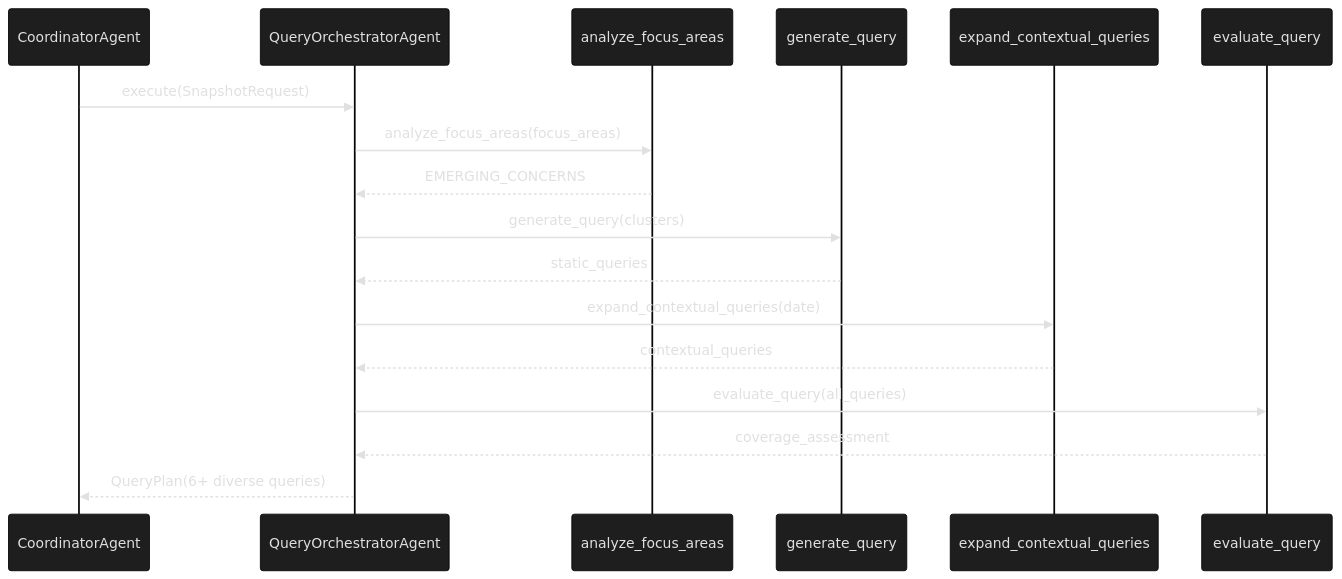
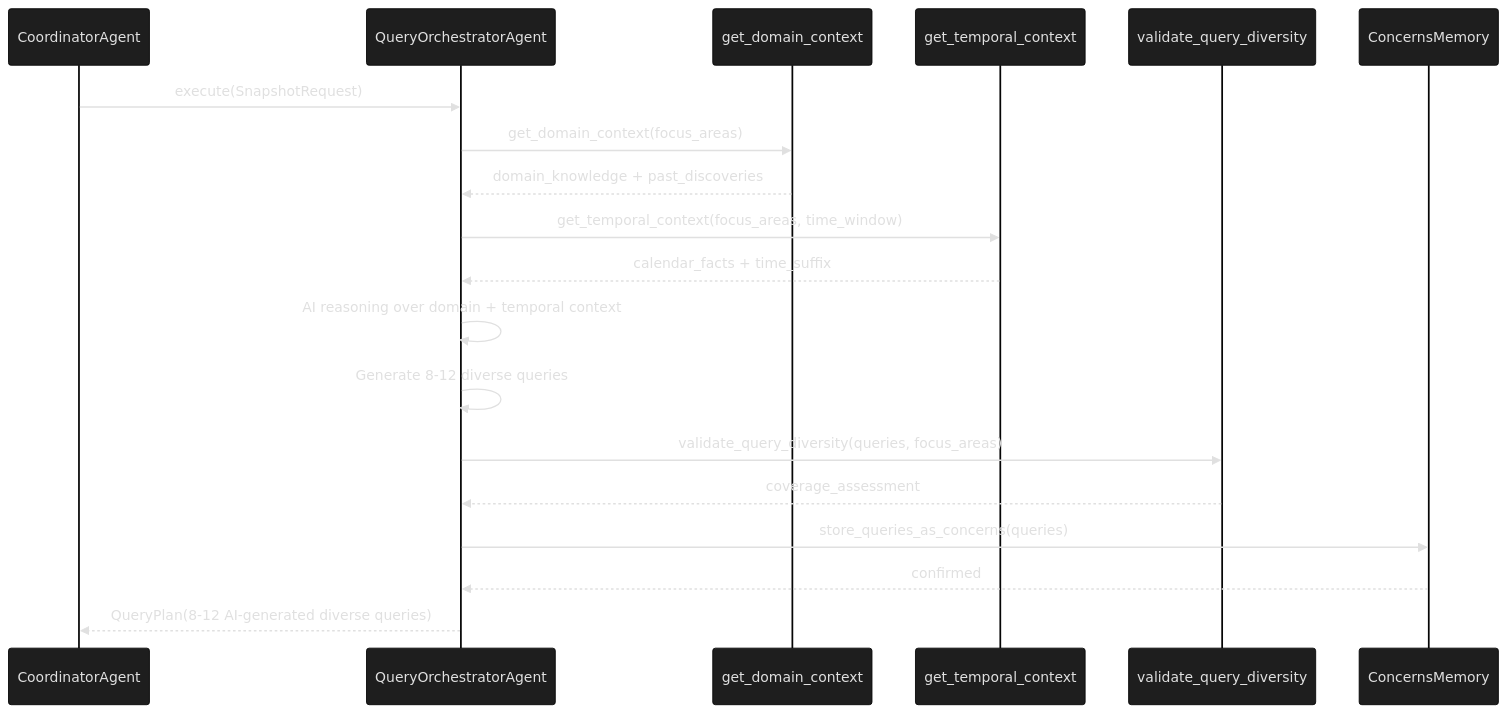
The seventh of 10 diagrams in docs/ARCHITECTURE.md (donyelqt/Hinaing), drawn with Mermaid before and after one commit. The commit also changed other lines of this file, not shown here.

````diff
--- a/docs/ARCHITECTURE.md
+++ b/docs/ARCHITECTURE.md
@@ -995,27 +1004,34 @@
 ```mermaid
 %%{init: {'theme': 'base', 'themeVariables': {
   'primaryColor': '#1e1e1e',
   'primaryTextColor': '#e0e0e0',
   'secondaryColor': '#2d2d2d',
   'primaryFontSize': '13px',
   'secondaryFontSize': '11px'
  }}}%%
 sequenceDiagram
     participant C as CoordinatorAgent
     participant QO as QueryOrchestratorAgent
-    participant T1 as analyze_focus_areas
-    participant T2 as generate_query
-    participant T3 as expand_contextual_queries
-    participant T4 as evaluate_query
+    participant T1 as get_domain_context
+    participant T2 as get_temporal_context
+    participant T3 as validate_query_diversity
+    participant MEM as ConcernsMemory
 
     C->>QO: execute(SnapshotRequest)
-    QO->>T1: analyze_focus_areas(focus_areas)
-    T1-->>QO: EMERGING_CONCERNS
-    QO->>T2: generate_query(clusters)
-    T2-->>QO: static_queries
-    QO->>T3: expand_contextual_queries(date)
-    T3-->>QO: contextual_queries
-    QO->>T4: evaluate_query(all_queries)
-    T4-->>QO: coverage_assessment
-    QO-->>C: QueryPlan(6+ diverse queries)
+    QO->>T1: get_domain_context(focus_areas)
+    T1-->>QO: domain_knowledge + past_discoveries
+    
+    QO->>T2: get_temporal_context(focus_areas, time_window)
+    T2-->>QO: calendar_facts + time_suffix
+    
+    QO->>QO: AI reasoning over domain + temporal context
+    QO->>QO: Generate 8-12 diverse queries
+    
+    QO->>T3: validate_query_diversity(queries, focus_areas)
+    T3-->>QO: coverage_assessment
+    
+    QO->>MEM: store_queries_as_concerns(queries)
+    MEM-->>QO: confirmed
+    
+    QO-->>C: QueryPlan(8-12 AI-generated diverse queries)
 ```
````
